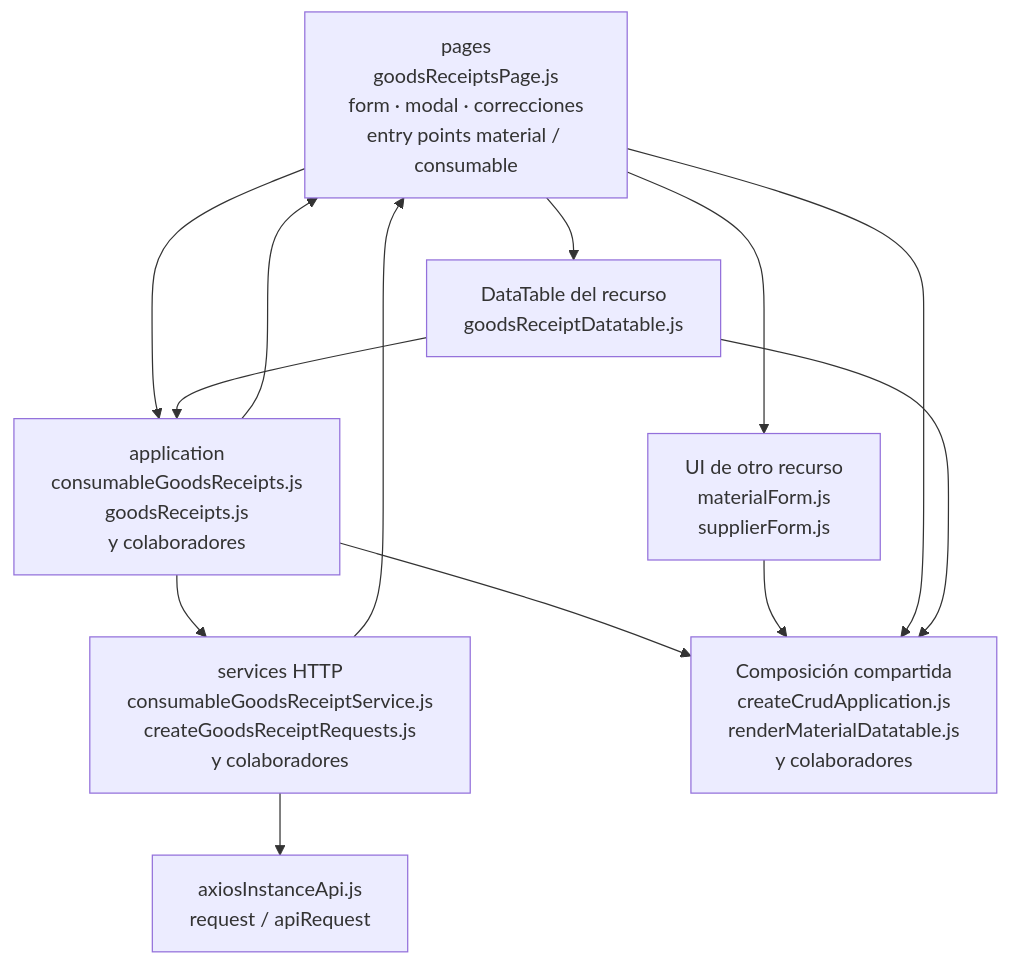
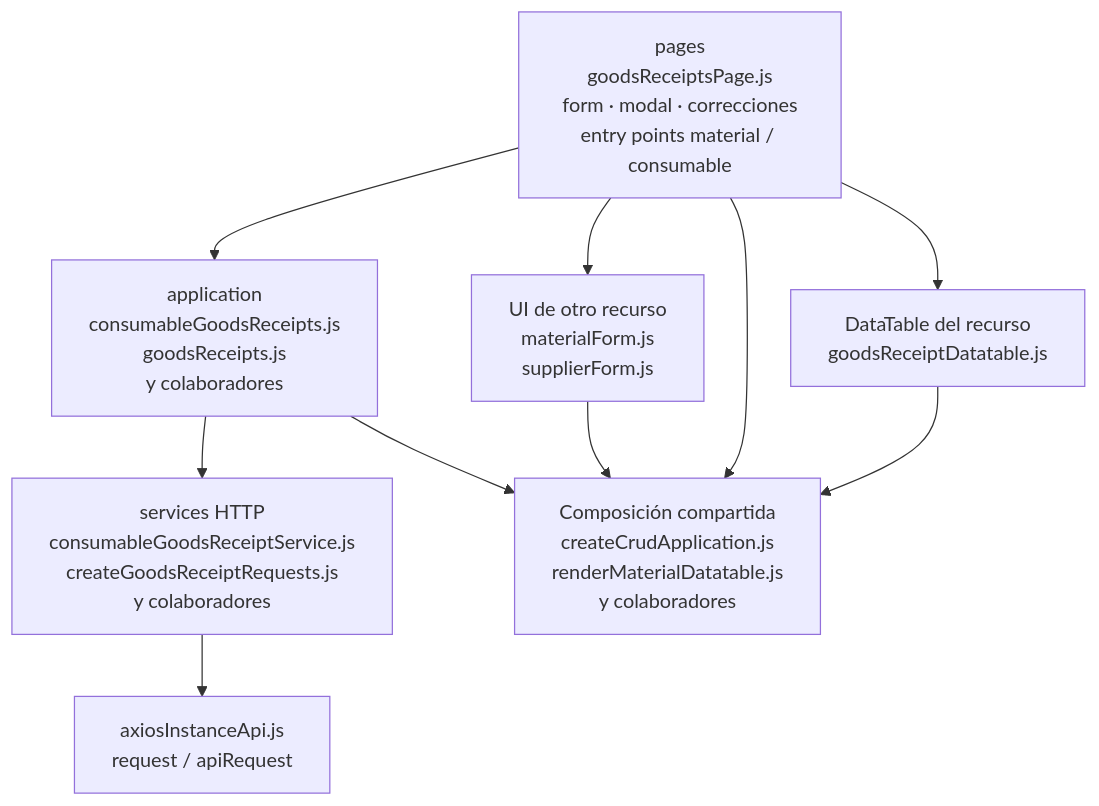
The diagram in docs/architecture/views/development/frontend-technical-documentation/12-goods-receipts-code.md (gpgsistemas01/nexus), drawn with Mermaid before and after one commit. The commit also changed other lines of this file and 200 other files, not shown here.

````diff
--- a/docs/architecture/views/development/frontend-technical-documentation/12-goods-receipts-code.md
+++ b/docs/architecture/views/development/frontend-technical-documentation/12-goods-receipts-code.md
@@ -7,22 +7,19 @@
 ```mermaid
 flowchart TB
     P["pages<br/>goodsReceiptsPage.js<br/>form · modal · correcciones<br/>entry points material / consumable"]
     A["application<br/>consumableGoodsReceipts.js<br/>goodsReceipts.js<br/>y colaboradores"]
     R["services HTTP<br/>consumableGoodsReceiptService.js<br/>createGoodsReceiptRequests.js<br/>y colaboradores"]
     T["DataTable del recurso<br/>goodsReceiptDatatable.js"]
     L["UI de otro recurso<br/>materialForm.js<br/>supplierForm.js"]
     U["Composición compartida<br/>createCrudApplication.js<br/>renderMaterialDatatable.js<br/>y colaboradores"]
     H["axiosInstanceApi.js<br/>request / apiRequest"]
-    A --> P
     A --> R
     A --> U
     L --> U
     P --> A
     P --> L
     P --> T
     P --> U
     R --> H
-    R --> P
-    T --> A
     T --> U
 ```
````
